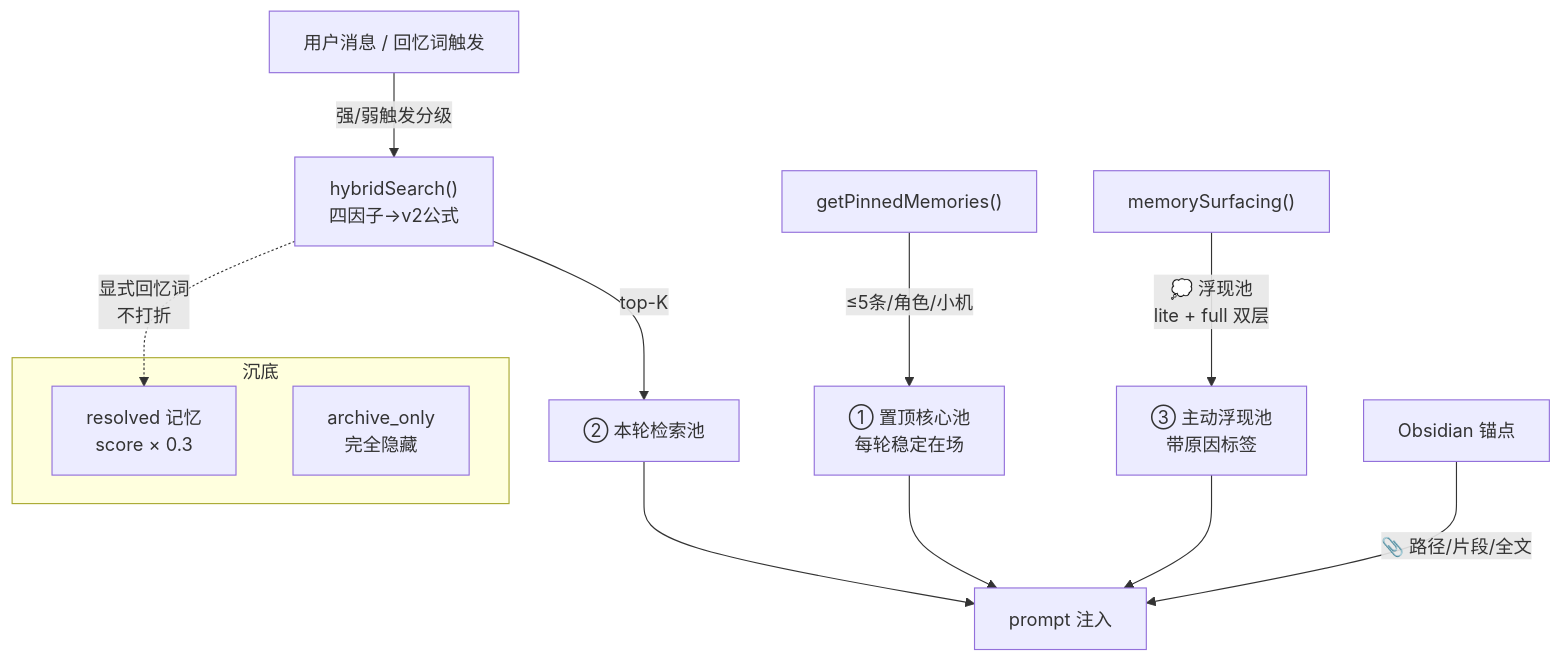
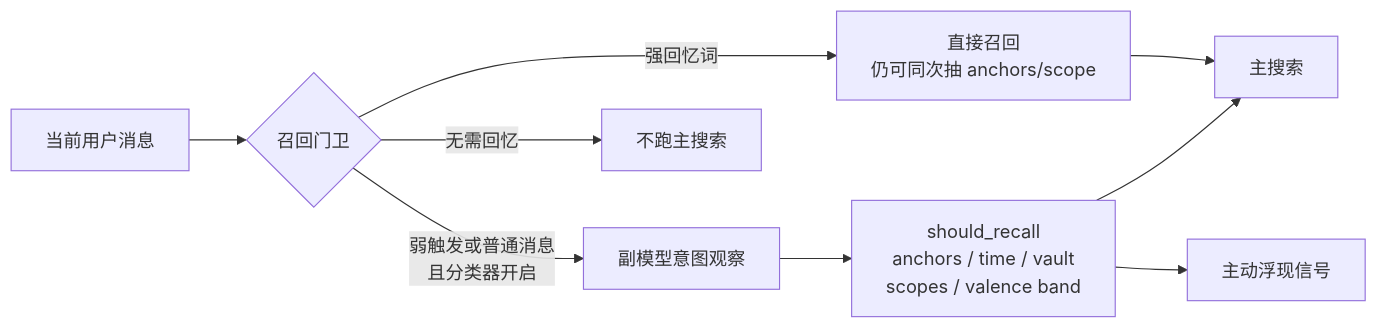
One commit to TAra93-1/AZOTH_mem changed the fourth of 5 diagrams in azoth_memory_system_anatomy.md. Above: the diagram before and after it, drawn with Mermaid. The commit also changed other lines of this file and 1 other file, not shown here.

First line of the commit message:
docs: update AZOTH memory architecture

````diff
--- a/azoth_memory_system_anatomy.md
+++ b/azoth_memory_system_anatomy.md
@@ -334,23 +286,11 @@
 ```mermaid
-flowchart TD
-    Q["用户消息 / 回忆词触发"] --> |"强/弱触发分级"| HS["hybridSearch()<br/>四因子→v2公式"]
-
-    HS --> |"top-K"| P2["② 本轮检索池"]
-    
-    PIN["getPinnedMemories()"] --> |"≤5条/角色/小机"| P1["① 置顶核心池<br/>每轮稳定在场"]
-
-    SURF["memorySurfacing()"] --> |"💭 浮现池<br/>lite + full 双层"| P3["③ 主动浮现池<br/>带原因标签"]
-
-    P2 --> INJ["prompt 注入"]
-    P1 --> INJ
-    P3 --> INJ
-    
-    OBS["Obsidian 锚点"] --> |"📎 路径/片段/全文"| INJ
-
-    subgraph "沉底"
-        RES["resolved 记忆<br/>score × 0.3"]
-        ARC["archive_only<br/>完全隐藏"]
-    end
-
-    HS -.-> |"显式回忆词<br/>不打折"| RES
+flowchart LR
+    U["当前用户消息"] --> G{"召回门卫"}
+    G -->|"强回忆词"| A["直接召回<br/>仍可同次抽 anchors/scope"]
+    G -->|"弱触发或普通消息<br/>且分类器开启"| K["副模型意图观察"]
+    G -->|"无需回忆"| N["不跑主搜索"]
+    K --> D["should_recall<br/>anchors / time / vault<br/>scopes / valence band"]
+    A --> S["主搜索"]
+    D --> S
+    D --> F["主动浮现信号"]
 ```
````
